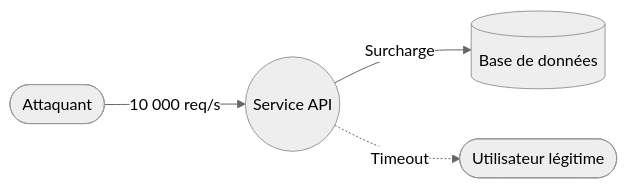
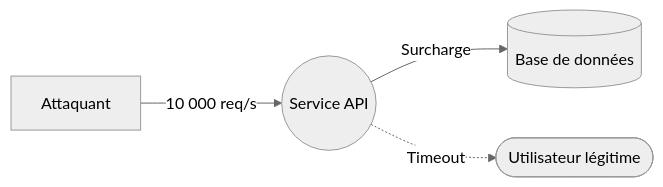
Before and after one commit to ophenix-maisonneuve/420-950-ma-site-web: the first of 2 diagrams in _notes/stride/menaces/stride-dos.md, drawn with Mermaid (neutral theme). The commit also changed other lines of this file and 3 other files, not shown here.

````diff
--- a/_notes/stride/menaces/stride-dos.md
+++ b/_notes/stride/menaces/stride-dos.md
@@ -44,6 +44,6 @@
 ```mermaid
 flowchart LR
-    Attacker([Attaquant]) -->|10 000 req/s| API((Service API))
+    Attacker[Attaquant] -->|10 000 req/s| API((Service API))
     API -->|Surcharge| DB[(Base de données)]
     API -. Timeout .-> User([Utilisateur légitime])
 ```
````
